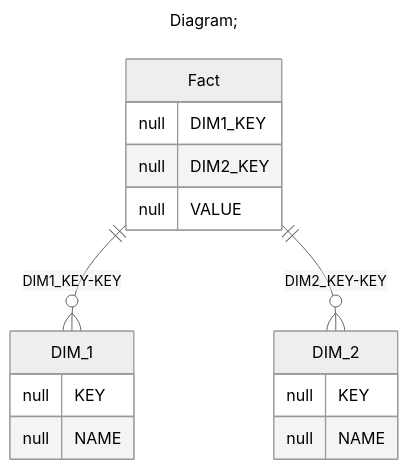
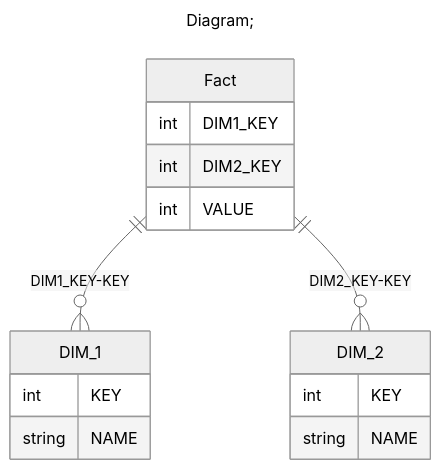
Before and after one commit to xmla-services/workground: the third of 3 diagrams in demo/server/catalogs/min_Dimension_multiple/README.MD, drawn with Mermaid (neutral theme). The commit also changed other lines of this file and 33 other files, not shown here.

````diff
--- a/demo/server/catalogs/min_Dimension_multiple/README.MD
+++ b/demo/server/catalogs/min_Dimension_multiple/README.MD
@@ -114,22 +113,22 @@
 ```mermaid
 ---
 title: Diagram;
 ---
 erDiagram
 DIM_1{
-null KEY
-null NAME
+int KEY
+string NAME
 }
 DIM_2{
-null KEY
-null NAME
+int KEY
+string NAME
 }
 Fact{
-null DIM1_KEY
-null DIM2_KEY
-null VALUE
+int DIM1_KEY
+int DIM2_KEY
+int VALUE
 }
 
 "Fact" ||--o{ "DIM_1" : "DIM1_KEY-KEY"
 "Fact" ||--o{ "DIM_2" : "DIM2_KEY-KEY"
 ```
````
